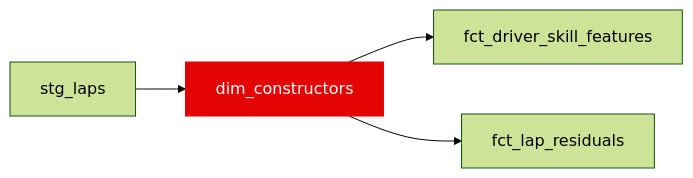
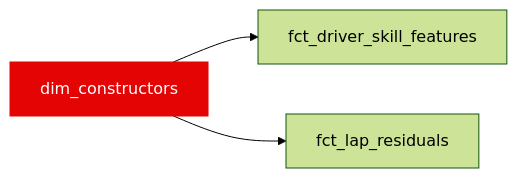
The diagram in docs/reference/models/dim/dim_constructors.mdx (JustinClarke/off-the-pace), drawn with Mermaid (forest theme) before and after one commit. The commit also changed other lines of this file and 121 other files, not shown here.

````diff
--- a/docs/reference/models/dim/dim_constructors.mdx
+++ b/docs/reference/models/dim/dim_constructors.mdx
@@ -15,7 +15,6 @@
 ```mermaid
 flowchart LR
-  stg_laps --> dim_constructors
   dim_constructors --> fct_driver_skill_features
   dim_constructors --> fct_lap_residuals
   style dim_constructors fill:#e40404,stroke:#e40404,color:#fff
 ```
````
